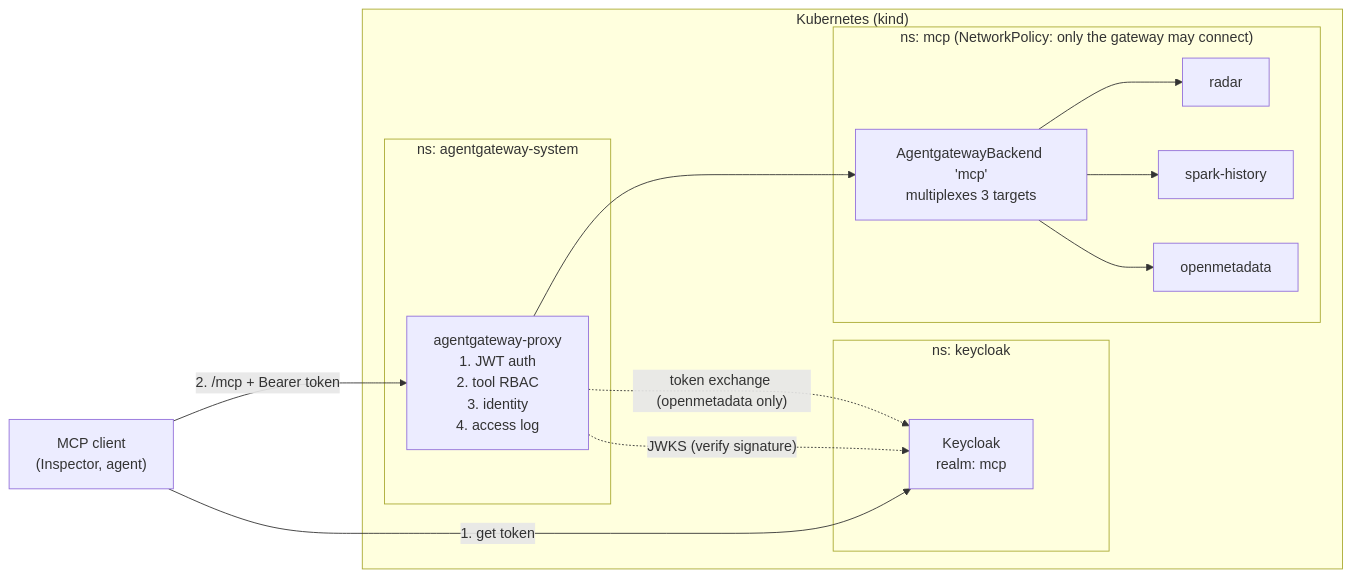
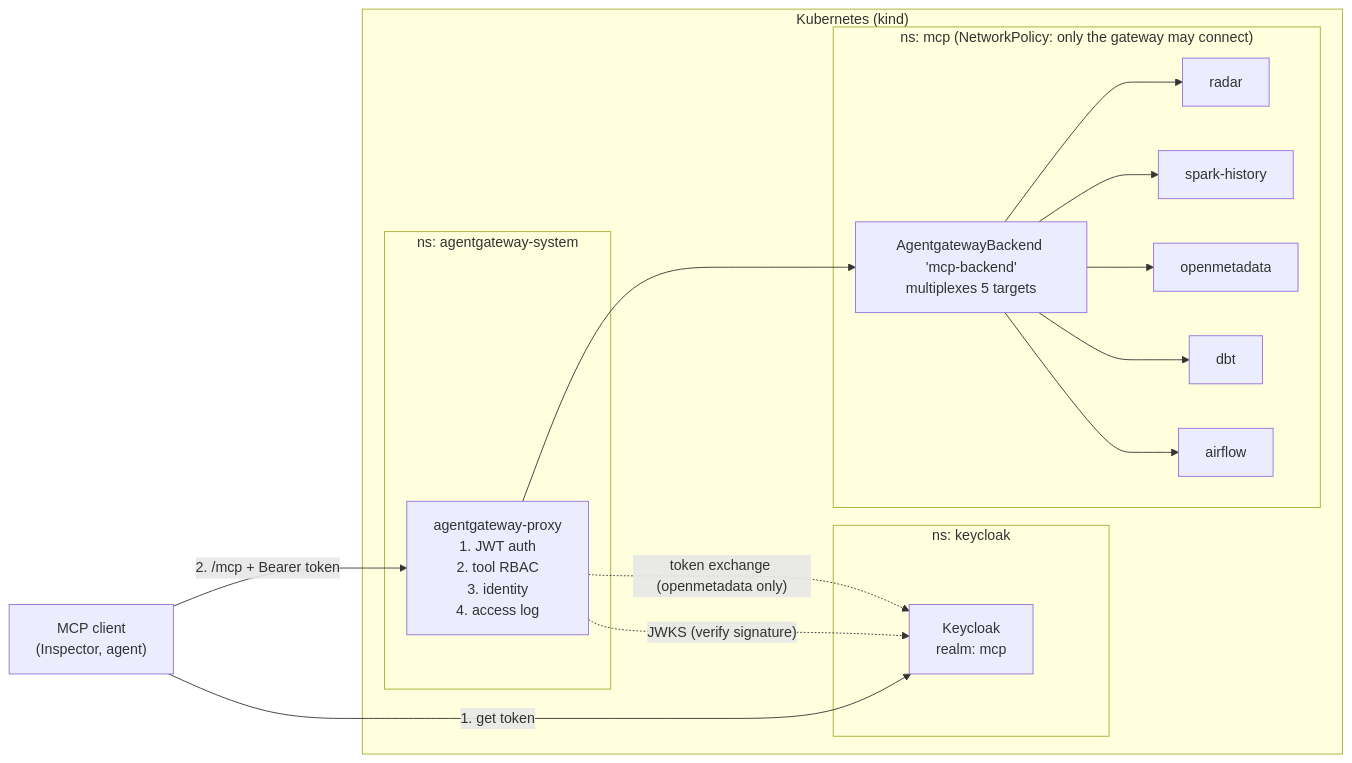
One commit to QuanVongHuu/MCP-gateway-rbac changed the first of 2 diagrams in README.md. Above: the diagram before and after it, drawn with Mermaid. The commit also changed other lines of this file and 33 other files, not shown here.

````diff
--- a/README.md
+++ b/README.md
@@ -14,30 +14,34 @@
 ```mermaid
 flowchart LR
     client["MCP client<br/>(Inspector, agent)"]
 
     subgraph k8s["Kubernetes (kind)"]
         subgraph kc["ns: keycloak"]
             keycloak["Keycloak<br/>realm: mcp"]
         end
 
         subgraph gw["ns: agentgateway-system"]
             proxy["agentgateway-proxy<br/>1. JWT auth<br/>2. tool RBAC<br/>3. identity<br/>4. access log"]
         end
 
         subgraph mcp["ns: mcp (NetworkPolicy: only the gateway may connect)"]
-            backend["AgentgatewayBackend 'mcp'<br/>multiplexes 3 targets"]
+            backend["AgentgatewayBackend 'mcp-backend'<br/>multiplexes 5 targets"]
             radar["radar"]
             spark["spark-history"]
             om["openmetadata"]
+            dbt["dbt"]
+            airflow["airflow"]
         end
     end
 
     client -- "1. get token" --> keycloak
     client -- "2. /mcp + Bearer token" --> proxy
     proxy -. "JWKS (verify signature)" .-> keycloak
     proxy --> backend
     backend --> radar
     backend --> spark
     backend --> om
+    backend --> dbt
+    backend --> airflow
     proxy -. "token exchange (openmetadata only)" .-> keycloak
 ```
````
